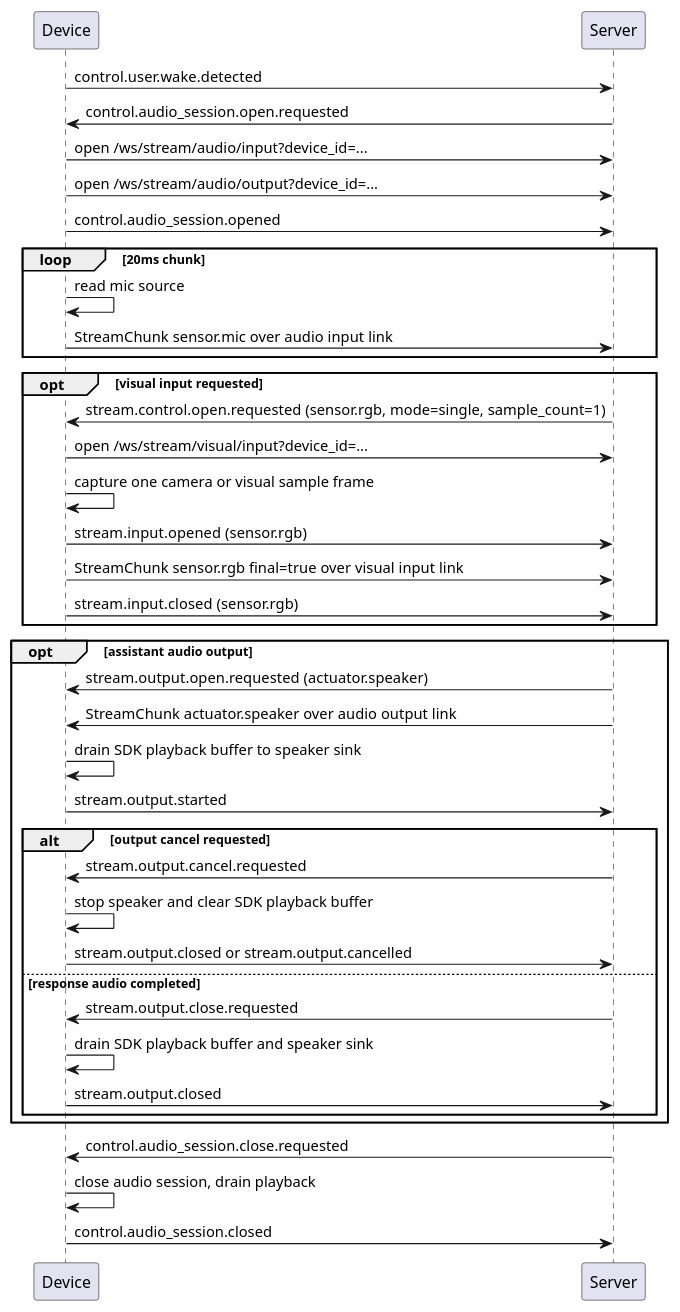
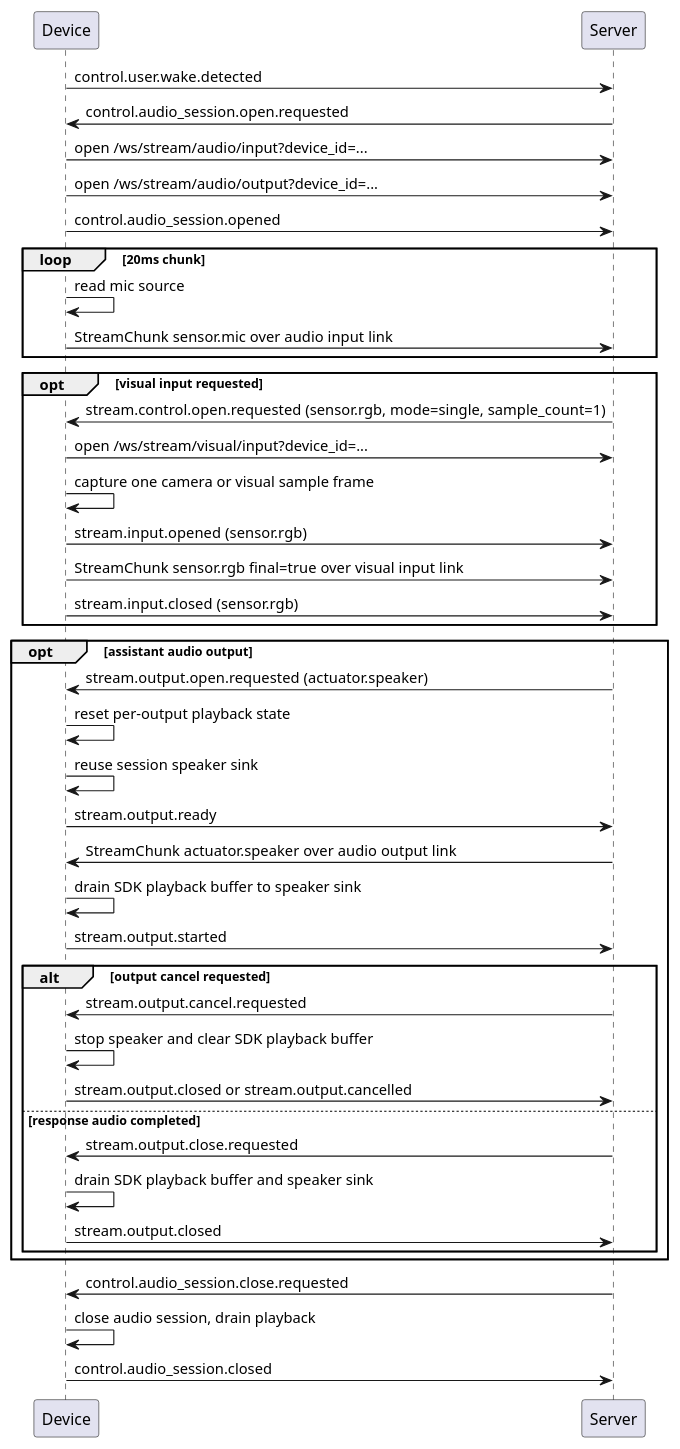
The second of 3 diagrams in docs/reference/device-event-behavior.md (HengeLiu/RealtimeAgent), drawn with PlantUML before and after one commit. The commit also changed other lines of this file and 24 other files, not shown here.

````diff
--- a/docs/reference/device-event-behavior.md
+++ b/docs/reference/device-event-behavior.md
@@ -149,42 +150,45 @@
 ```plantuml
 @startuml
 participant Device
 participant Server
 
 Device -> Server: control.user.wake.detected
 Server -> Device: control.audio_session.open.requested
 Device -> Server: open /ws/stream/audio/input?device_id=...
 Device -> Server: open /ws/stream/audio/output?device_id=...
 Device -> Server: control.audio_session.opened
 loop 20ms chunk
   Device -> Device: read mic source
   Device -> Server: StreamChunk sensor.mic over audio input link
 end
 opt visual input requested
   Server -> Device: stream.control.open.requested (sensor.rgb, mode=single, sample_count=1)
   Device -> Server: open /ws/stream/visual/input?device_id=...
   Device -> Device: capture one camera or visual sample frame
   Device -> Server: stream.input.opened (sensor.rgb)
   Device -> Server: StreamChunk sensor.rgb final=true over visual input link
   Device -> Server: stream.input.closed (sensor.rgb)
 end
 opt assistant audio output
   Server -> Device: stream.output.open.requested (actuator.speaker)
+  Device -> Device: reset per-output playback state
+  Device -> Device: reuse session speaker sink
+  Device -> Server: stream.output.ready
   Server -> Device: StreamChunk actuator.speaker over audio output link
   Device -> Device: drain SDK playback buffer to speaker sink
   Device -> Server: stream.output.started
   alt output cancel requested
     Server -> Device: stream.output.cancel.requested
     Device -> Device: stop speaker and clear SDK playback buffer
     Device -> Server: stream.output.closed or stream.output.cancelled
   else response audio completed
     Server -> Device: stream.output.close.requested
     Device -> Device: drain SDK playback buffer and speaker sink
     Device -> Server: stream.output.closed
   end
 end
 Server -> Device: control.audio_session.close.requested
 Device -> Device: close audio session, drain playback
 Device -> Server: control.audio_session.closed
 @enduml
 ```
````
